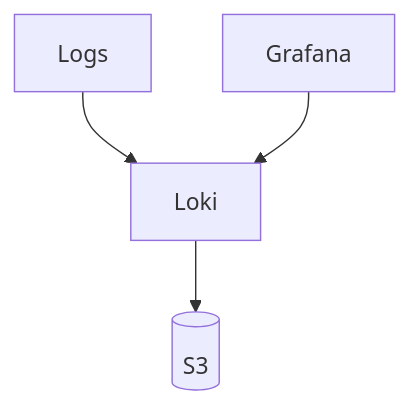
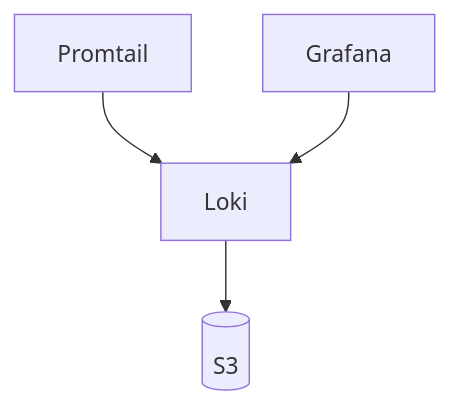
The second of 5 diagrams in MIGRATING.md (rjferguson21/loki), drawn with Mermaid before and after one commit. The commit also changed other lines of this file, not shown here.

````diff
--- a/MIGRATING.md
+++ b/MIGRATING.md
@@ -90,6 +91,6 @@
 ```mermaid
 flowchart TD
    S3[(S3)]
-   Logs--> Loki
+   Promtail--> Loki
    Grafana --> Loki --> S3
 ```
````
